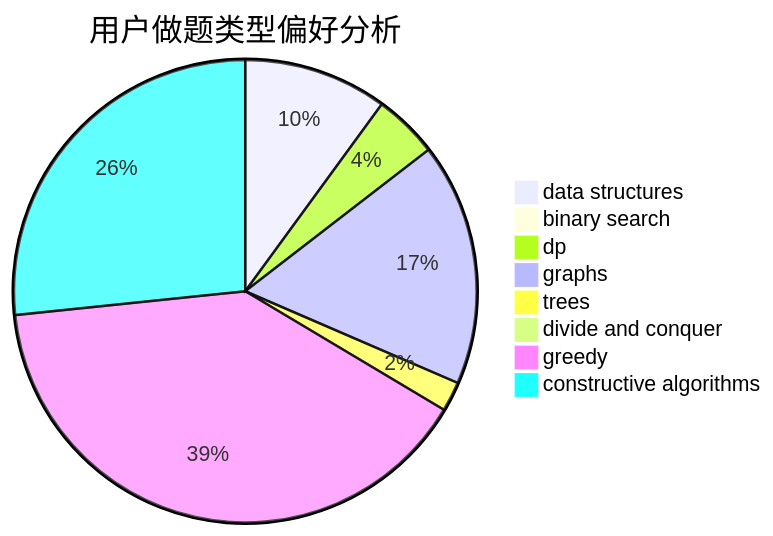
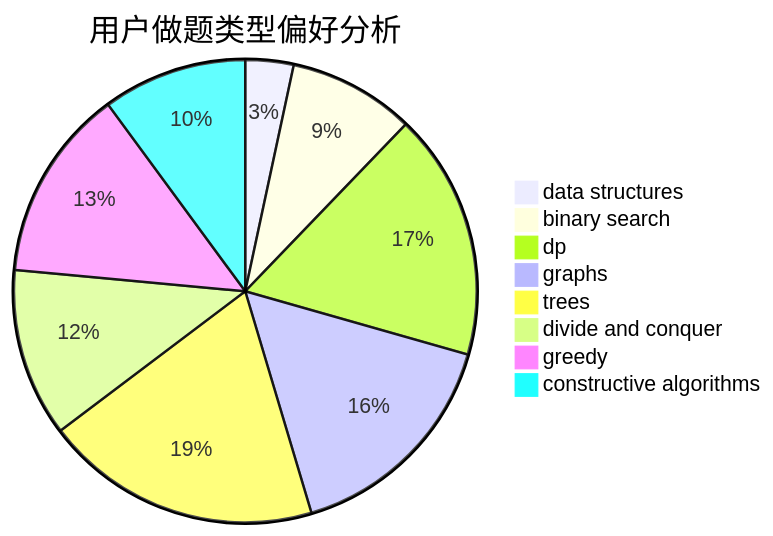
The second of 3 diagrams in docs/user/u2542.md (sherpahu/cfrs.github.io), drawn with Mermaid before and after one commit. The commit also changed other lines of this file and 2770 other files, not shown here.

````diff
--- a/docs/user/u2542.md
+++ b/docs/user/u2542.md
@@ -23,11 +23,11 @@
 ```mermaid
 pie title 用户做题类型偏好分析
-    "data structures" :  29
-    "binary search" :  1
-    "dp" :  13
-    "graphs" :  49
-    "trees" :  6
-    "divide and conquer" :  2
-    "greedy" :  115
-    "constructive algorithms" :  77
+    "data structures" :  8
+    "binary search" :  21
+    "dp" :  41
+    "graphs" :  38
+    "trees" :  46
+    "divide and conquer" :  28
+    "greedy" :  32
+    "constructive algorithms" :  24
 ```
````
